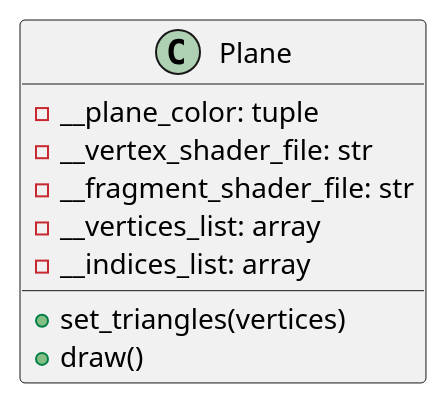
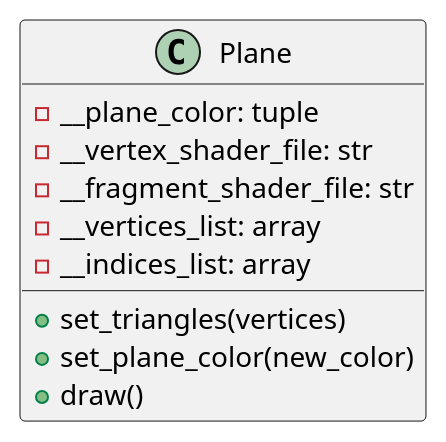
The diagram in docs/classes/Plane.puml (ferpoble2/Relief_Creator), drawn with PlantUML before and after one commit.

Commit message:
updated plane docs

```diff
--- a/docs/classes/Plane.puml
+++ b/docs/classes/Plane.puml
@@ -1,14 +1,15 @@
 @startuml
 
 class Plane{
     - __plane_color: tuple
     - __vertex_shader_file: str
     - __fragment_shader_file: str
     - __vertices_list: array
     - __indices_list: array
 
     + set_triangles(vertices)
+    + set_plane_color(new_color)
     + draw()
 }
 
 @enduml
```
